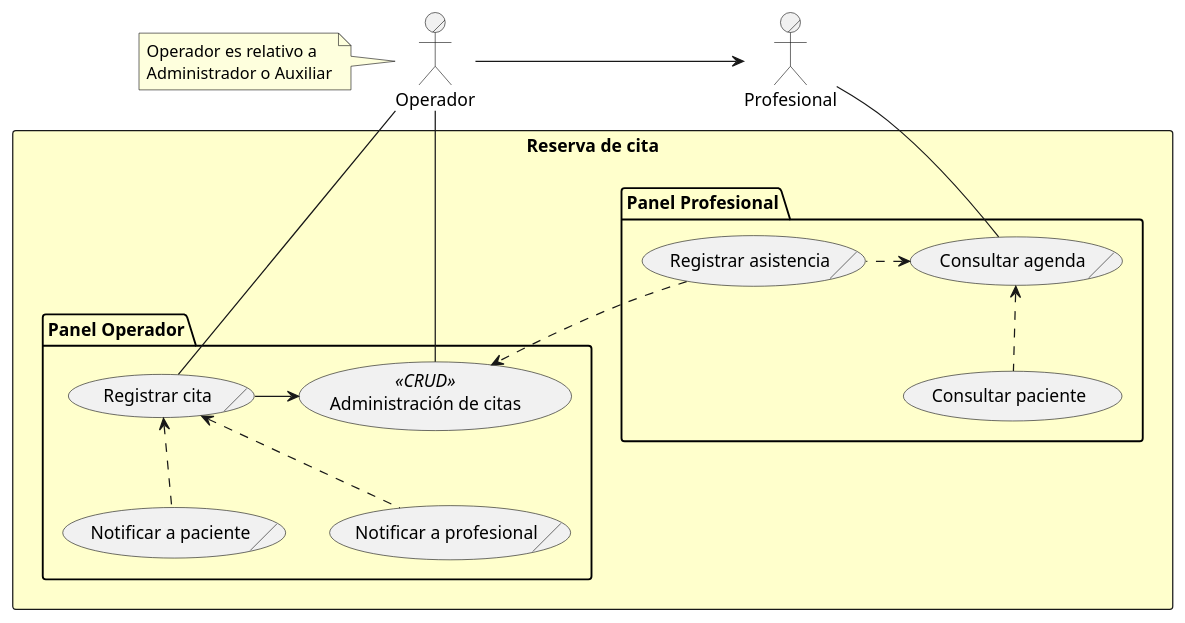
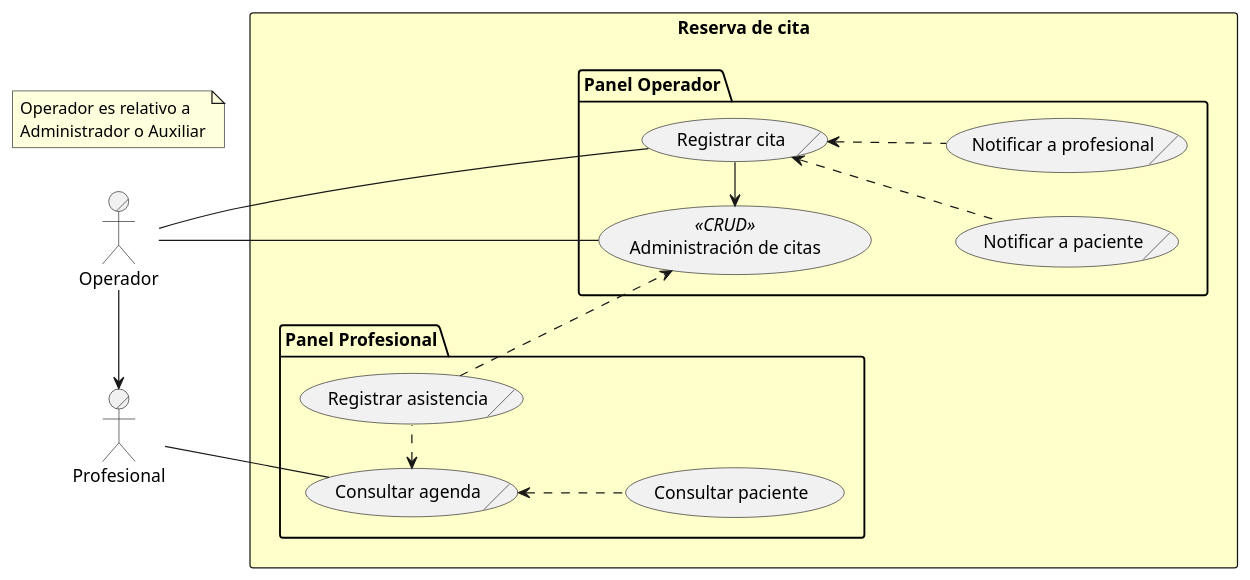
The diagram in ROOT/modules/proyecto/puml/citas-business-usecase.puml (capsi-ucp/capsi-ucp.github.io), drawn with PlantUML before and after one commit.

Commit message:
Caso de uso de lógica de negocio para la reserva de citas

```diff
--- a/ROOT/modules/proyecto/puml/citas-business-usecase.puml
+++ b/ROOT/modules/proyecto/puml/citas-business-usecase.puml
@@ -1,32 +1,33 @@
 @startuml
+left to right direction
 actor/ Operador
 actor/ Profesional
 note as Nota
   Operador es relativo a
   Administrador o Auxiliar
 end note
+
 rectangle "Reserva de cita" #BUSINESS {
   package "Panel Operador" {
     usecase "Administración de citas" as AdminCitas << CRUD >>
     usecase/ "Registrar cita" as Citar
     usecase/ "Notificar a paciente" as NotificarPaciente
     usecase/ "Notificar a profesional" as NotificarProfesional
   }
   package "Panel Profesional" {
     usecase/ "Consultar agenda" as Agenda
     usecase "Consultar paciente" as ConsultarPaciente
     usecase/ "Registrar asistencia" as Asistencia
   }
 }
 Operador -- AdminCitas
 Operador -- Citar
 Profesional -- Agenda
-Nota -> Operador
 Operador -> Profesional
 Citar -> AdminCitas
 Citar <.. NotificarPaciente
 Citar <.. NotificarProfesional
 Agenda <.. ConsultarPaciente
 Agenda <. Asistencia
 Asistencia -.> AdminCitas
 @enduml
```
